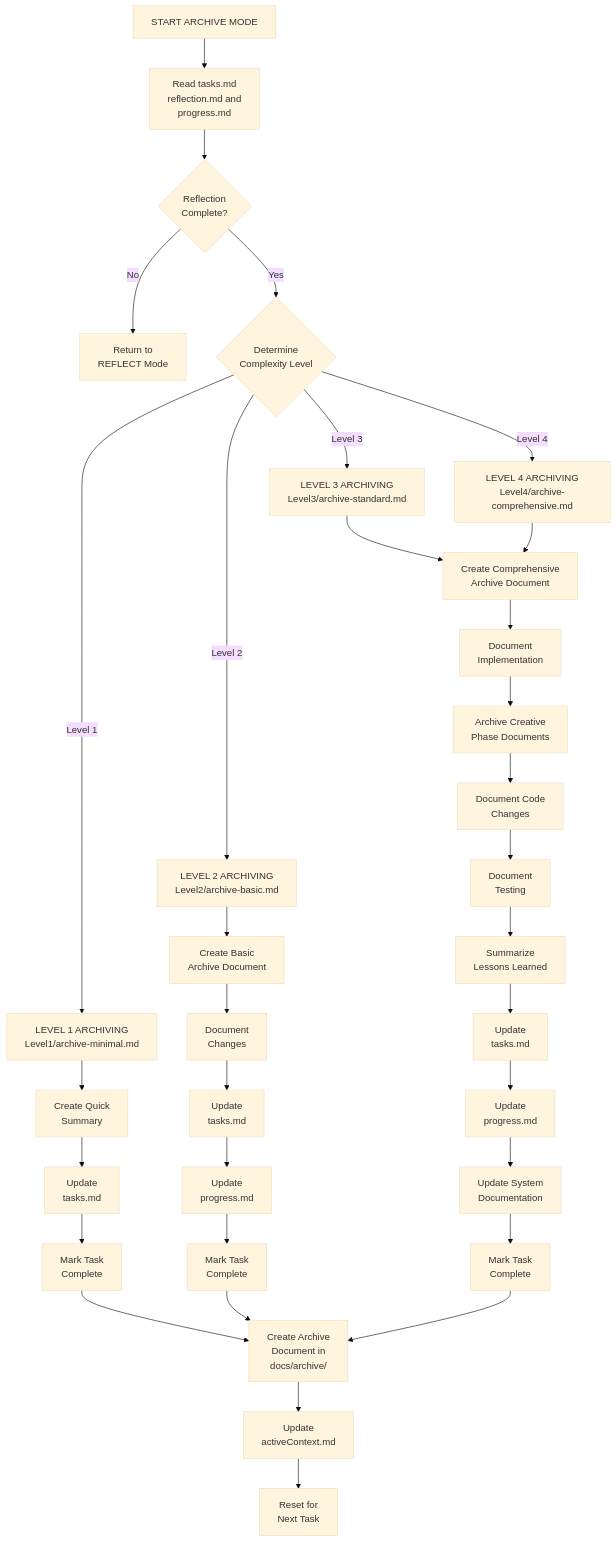
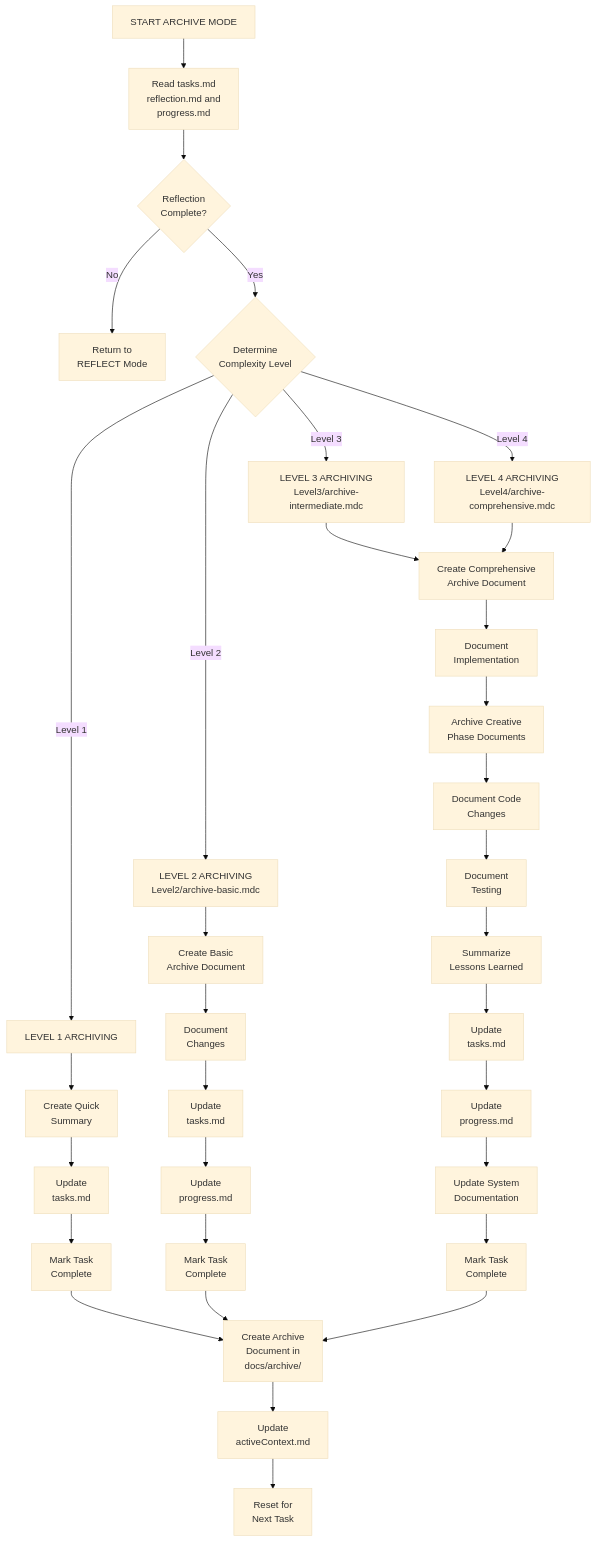
Before and after one commit to aleasweb/cityQuest: the first of 5 diagrams in .cursor/rules/isolation_rules/visual-maps/archive-mode-map.mdc, drawn with Mermaid (base theme). The commit also changed 26 other files, not shown here.

````diff
--- a/.cursor/rules/isolation_rules/visual-maps/archive-mode-map.mdc
+++ b/.cursor/rules/isolation_rules/visual-maps/archive-mode-map.mdc
@@ -13,44 +13,44 @@
 ```mermaid
 graph TD
     Start["START ARCHIVE MODE"] --> ReadTasks["Read tasks.md<br>reflection.md and<br>progress.md"]
     
     %% Initial Assessment
     ReadTasks --> VerifyReflect{"Reflection<br>Complete?"}
     VerifyReflect -->|"No"| ReturnReflect["Return to<br>REFLECT Mode"]
     VerifyReflect -->|"Yes"| AssessLevel{"Determine<br>Complexity Level"}
     
     %% Level-Based Archiving
-    AssessLevel -->|"Level 1"| L1Archive["LEVEL 1 ARCHIVING<br>Level1/archive-minimal.md"]
-    AssessLevel -->|"Level 2"| L2Archive["LEVEL 2 ARCHIVING<br>Level2/archive-basic.md"]
-    AssessLevel -->|"Level 3"| L3Archive["LEVEL 3 ARCHIVING<br>Level3/archive-standard.md"]
-    AssessLevel -->|"Level 4"| L4Archive["LEVEL 4 ARCHIVING<br>Level4/archive-comprehensive.md"]
+    AssessLevel -->|"Level 1"| L1Archive["LEVEL 1 ARCHIVING"]
+    AssessLevel -->|"Level 2"| L2Archive["LEVEL 2 ARCHIVING<br>Level2/archive-basic.mdc"]
+    AssessLevel -->|"Level 3"| L3Archive["LEVEL 3 ARCHIVING<br>Level3/archive-intermediate.mdc"]
+    AssessLevel -->|"Level 4"| L4Archive["LEVEL 4 ARCHIVING<br>Level4/archive-comprehensive.mdc"]
     
     %% Level 1 Archiving (Minimal)
     L1Archive --> L1Summary["Create Quick<br>Summary"]
     L1Summary --> L1Task["Update<br>tasks.md"]
     L1Task --> L1Complete["Mark Task<br>Complete"]
     
     %% Level 2 Archiving (Basic)
     L2Archive --> L2Summary["Create Basic<br>Archive Document"]
     L2Summary --> L2Doc["Document<br>Changes"]
     L2Doc --> L2Task["Update<br>tasks.md"]
     L2Task --> L2Progress["Update<br>progress.md"]
     L2Progress --> L2Complete["Mark Task<br>Complete"]
     
     %% Level 3-4 Archiving (Comprehensive)
     L3Archive & L4Archive --> L34Summary["Create Comprehensive<br>Archive Document"]
     L34Summary --> L34Doc["Document<br>Implementation"]
     L34Doc --> L34Creative["Archive Creative<br>Phase Documents"]
     L34Creative --> L34Code["Document Code<br>Changes"]
     L34Code --> L34Test["Document<br>Testing"]
     L34Test --> L34Lessons["Summarize<br>Lessons Learned"]
     L34Lessons --> L34Task["Update<br>tasks.md"]
     L34Task --> L34Progress["Update<br>progress.md"]
     L34Progress --> L34System["Update System<br>Documentation"]
     L34System --> L34Complete["Mark Task<br>Complete"]
     
     %% Completion
     L1Complete & L2Complete & L34Complete --> CreateArchive["Create Archive<br>Document in<br>docs/archive/"]
     CreateArchive --> UpdateActive["Update<br>activeContext.md"]
     UpdateActive --> Reset["Reset for<br>Next Task"]
 ```
````
